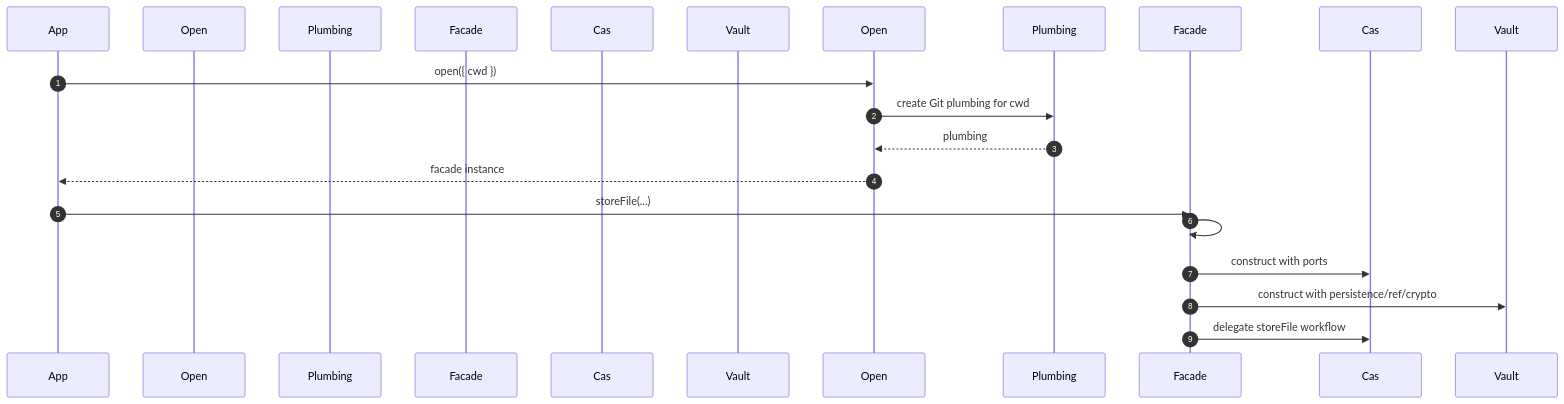
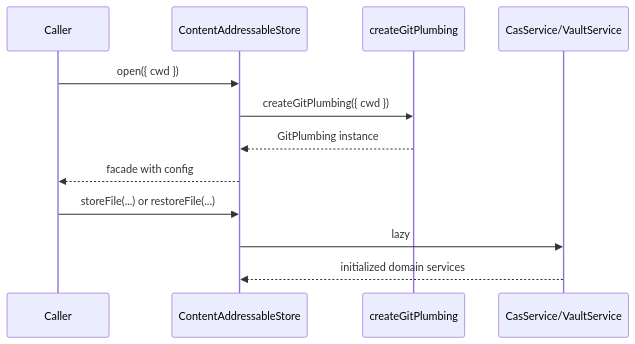
The second of 33 diagrams in docs/TECHNICAL_TEARDOWN.md (git-stunts/git-cas), drawn with Mermaid before and after one commit. The commit also changed other lines of this file, not shown here.

````diff
--- a/docs/TECHNICAL_TEARDOWN.md
+++ b/docs/TECHNICAL_TEARDOWN.md
@@ -160,20 +144,15 @@
 ```mermaid
 sequenceDiagram
-    autonumber
-    participant App as App
-    participant ContentAddressableStore.open() as Open
-    participant createGitPlumbing() as Plumbing
-    participant ContentAddressableStore as Facade
-    participant CasService as Cas
-    participant VaultService as Vault
+    participant App as Caller
+    participant Facade as ContentAddressableStore
+    participant Plumbing as createGitPlumbing
+    participant Service as CasService/VaultService
 
-    App->>Open: open({ cwd })
-    Open->>Plumbing: create Git plumbing for cwd
-    Plumbing-->>Open: plumbing
-    Open-->>App: facade instance
-    App->>Facade: storeFile(...)
-    Facade->>Facade: #getService()
-    Facade->>Cas: construct with ports
-    Facade->>Vault: construct with persistence/ref/crypto
-    Facade->>Cas: delegate storeFile workflow
+    App->>Facade: open({ cwd })
+    Facade->>Plumbing: createGitPlumbing({ cwd })
+    Plumbing-->>Facade: GitPlumbing instance
+    Facade-->>App: facade with config
+    App->>Facade: storeFile(...) or restoreFile(...)
+    Facade->>Service: lazy #getService()
+    Service-->>Facade: initialized domain services
 ```
````
